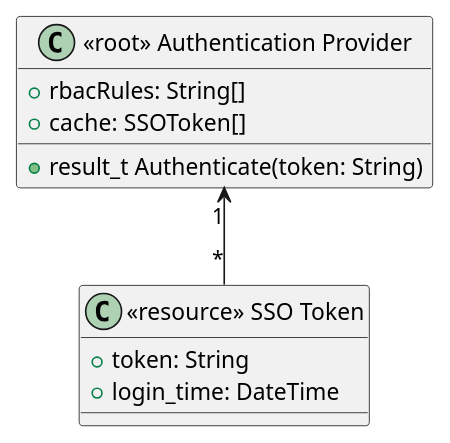
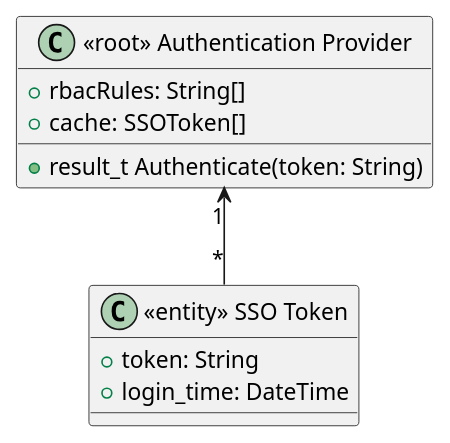
One commit to fanglores/Advanced-Software-Design changed the diagram in PracticeTasks/Module2/Task_9/task9_auth.puml. Above: the diagram before and after it, drawn with PlantUML. The commit also changed 3 other files, not shown here.

```diff
--- a/PracticeTasks/Module2/Task_9/task9_auth.puml
+++ b/PracticeTasks/Module2/Task_9/task9_auth.puml
@@ -1,16 +1,16 @@
 @startuml
 
 class "<<root>> Authentication Provider" as auth {
   +rbacRules: String[] 
   +cache: SSOToken[]
   +result_t Authenticate(token: String)
 }
 
-class "<<resource>> SSO Token" as sso {
+class "<<entity>> SSO Token" as sso {
   +token: String
   +login_time: DateTime
 }
 
 auth "1" <-- "*" sso
 
 @enduml
```
